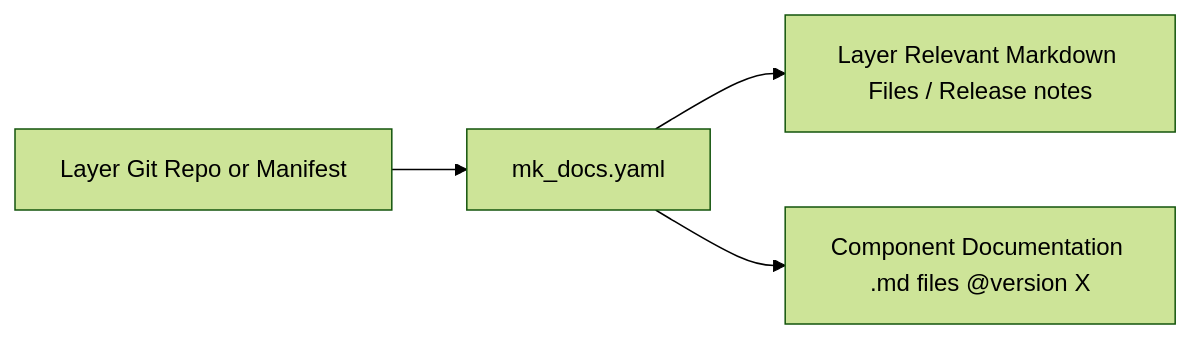
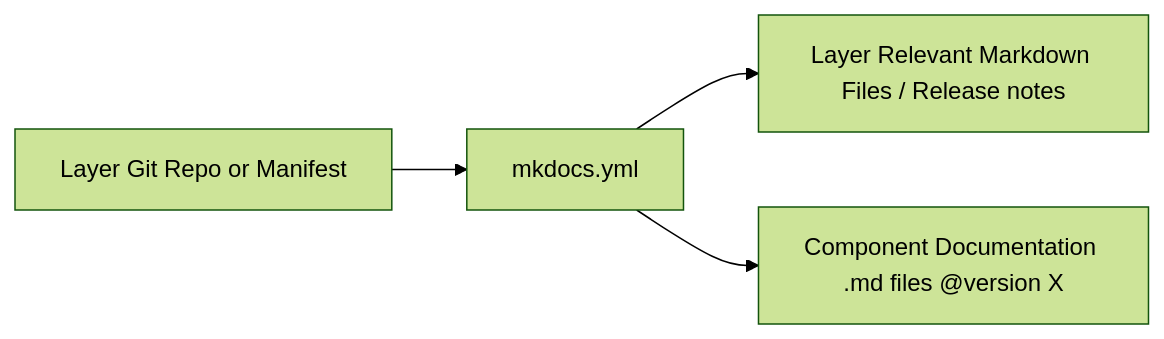
Before and after one commit to rdkcentral/rdk-halif-aidl: the second of 3 diagrams in docs/governance/rdk-release-documentation-structure.md, drawn with Mermaid (forest theme). The commit also changed other lines of this file, not shown here.

````diff
--- a/docs/governance/rdk-release-documentation-structure.md
+++ b/docs/governance/rdk-release-documentation-structure.md
@@ -83,6 +83,6 @@
 ```mermaid
 graph LR
-    GIT_REPO[Layer Git Repo or Manifest] --> DOCS[mk_docs.yaml]
+    GIT_REPO[Layer Git Repo or Manifest] --> DOCS[mkdocs.yml]
     DOCS --> M1[Layer Relevant Markdown Files / Release notes ]
     DOCS --> M2[Component Documentation .md files @version X]
 ```
````
